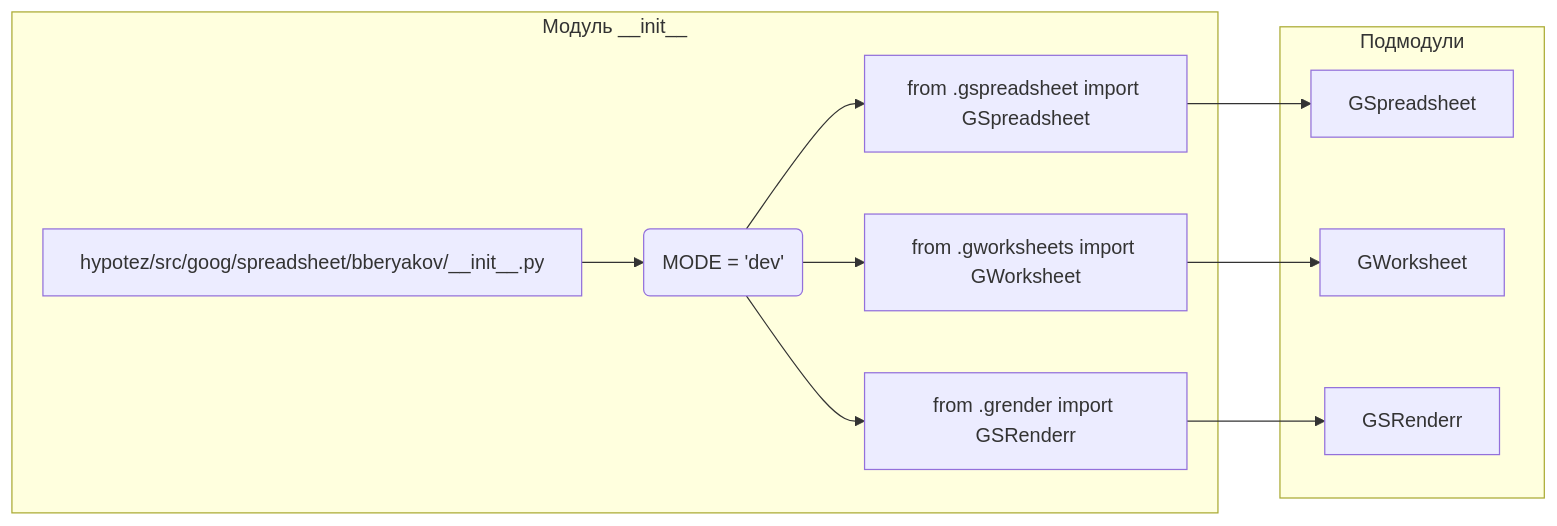
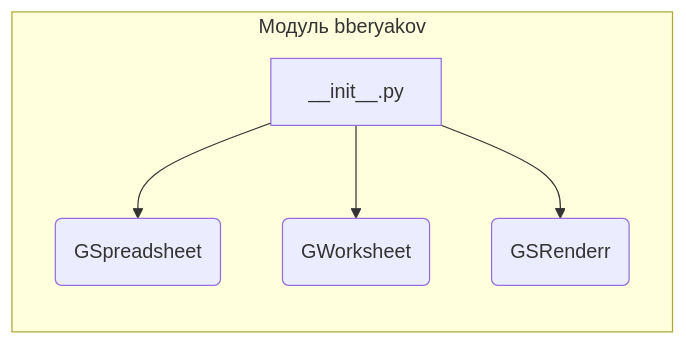
Before and after one commit to hypo69/hypo: the second of 2 diagrams in docs/gemini/ru/explainer/src/goog/spreadsheet/bberyakov/__init__.md, drawn with Mermaid. The commit also changed other lines of this file and 468 other files, not shown here.

````diff
--- a/docs/gemini/ru/explainer/src/goog/spreadsheet/bberyakov/__init__.md
+++ b/docs/gemini/ru/explainer/src/goog/spreadsheet/bberyakov/__init__.md
@@ -46,15 +45,8 @@
 ```mermaid
 graph LR
-    subgraph "Модуль __init__"
-        A[hypotez/src/goog/spreadsheet/bberyakov/__init__.py] --> B(MODE = 'dev');
-        B --> C[from .gspreadsheet import GSpreadsheet];
-        B --> D[from .gworksheets import GWorksheet];
-        B --> E[from .grender import GSRenderr];
-    end
-    
-    subgraph "Подмодули"
-        C --> F[GSpreadsheet];
-        D --> G[GWorksheet];
-        E --> H[GSRenderr];
+    subgraph Модуль bberyakov
+        A[__init__.py] --> B(GSpreadsheet);
+        A --> C(GWorksheet);
+        A --> D(GSRenderr);
     end
 ```
````
